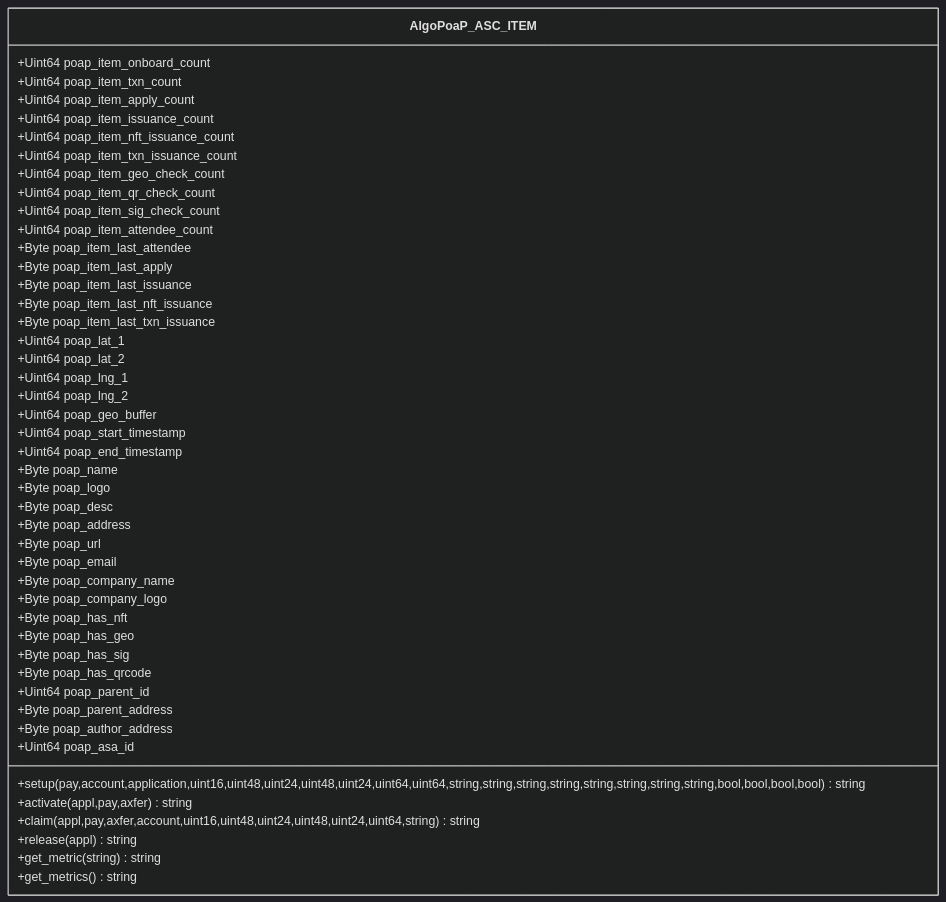
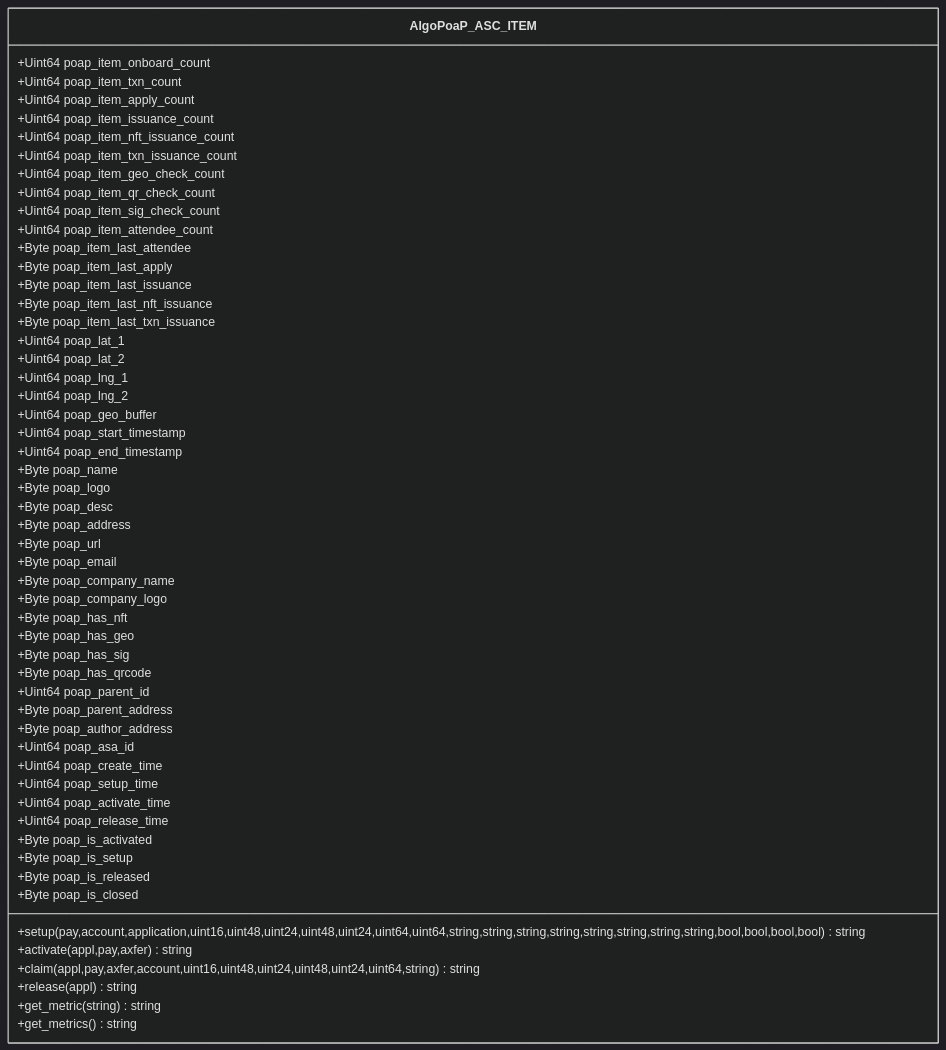
One commit to GoPlausible/.github changed the tenth of 10 diagrams in profile/README.md. Above: the diagram before and after it, drawn with Mermaid (dark theme).

````diff
--- a/profile/README.md
+++ b/profile/README.md
@@ -596,57 +596,71 @@
 ```mermaid
   classDiagram
     class AlgoPoaP_ASC_ITEM
     AlgoPoaP_ASC_ITEM : +Uint64 poap_item_onboard_count
     AlgoPoaP_ASC_ITEM : +Uint64 poap_item_txn_count
     AlgoPoaP_ASC_ITEM : +Uint64 poap_item_apply_count
     AlgoPoaP_ASC_ITEM : +Uint64 poap_item_issuance_count
     AlgoPoaP_ASC_ITEM : +Uint64 poap_item_nft_issuance_count
     AlgoPoaP_ASC_ITEM : +Uint64 poap_item_txn_issuance_count
 
     AlgoPoaP_ASC_ITEM : +Uint64 poap_item_geo_check_count
     AlgoPoaP_ASC_ITEM : +Uint64 poap_item_qr_check_count
     AlgoPoaP_ASC_ITEM : +Uint64 poap_item_sig_check_count
 
     AlgoPoaP_ASC_ITEM : +Uint64 poap_item_attendee_count
     AlgoPoaP_ASC_ITEM : +Byte poap_item_last_attendee
     AlgoPoaP_ASC_ITEM : +Byte poap_item_last_apply
     AlgoPoaP_ASC_ITEM : +Byte poap_item_last_issuance
     AlgoPoaP_ASC_ITEM : +Byte poap_item_last_nft_issuance
     AlgoPoaP_ASC_ITEM : +Byte poap_item_last_txn_issuance
 
 
     AlgoPoaP_ASC_ITEM : +Uint64 poap_lat_1
     AlgoPoaP_ASC_ITEM : +Uint64 poap_lat_2
     AlgoPoaP_ASC_ITEM : +Uint64 poap_lng_1
     AlgoPoaP_ASC_ITEM : +Uint64 poap_lng_2
     AlgoPoaP_ASC_ITEM : +Uint64 poap_geo_buffer
     AlgoPoaP_ASC_ITEM : +Uint64 poap_start_timestamp
     AlgoPoaP_ASC_ITEM : +Uint64 poap_end_timestamp
     AlgoPoaP_ASC_ITEM : +Byte poap_name
     AlgoPoaP_ASC_ITEM : +Byte poap_logo
     AlgoPoaP_ASC_ITEM : +Byte poap_desc
     AlgoPoaP_ASC_ITEM : +Byte poap_address
     AlgoPoaP_ASC_ITEM : +Byte poap_url
     AlgoPoaP_ASC_ITEM : +Byte poap_email
     AlgoPoaP_ASC_ITEM : +Byte poap_company_name
     AlgoPoaP_ASC_ITEM : +Byte poap_company_logo
     AlgoPoaP_ASC_ITEM : +Byte poap_has_nft
     AlgoPoaP_ASC_ITEM : +Byte poap_has_geo
     AlgoPoaP_ASC_ITEM : +Byte poap_has_sig
     AlgoPoaP_ASC_ITEM : +Byte poap_has_qrcode
 
     AlgoPoaP_ASC_ITEM : +Uint64 poap_parent_id
     AlgoPoaP_ASC_ITEM : +Byte poap_parent_address
     AlgoPoaP_ASC_ITEM : +Byte poap_author_address
     AlgoPoaP_ASC_ITEM : +Uint64 poap_asa_id
 
+     AlgoPoaP_ASC_ITEM : +Uint64 poap_create_time
+    AlgoPoaP_ASC_ITEM : +Uint64 poap_setup_time
+    AlgoPoaP_ASC_ITEM : +Uint64 poap_activate_time
+    AlgoPoaP_ASC_ITEM : +Uint64 poap_release_time
+
+
+     AlgoPoaP_ASC_ITEM : +Byte poap_is_activated
+    AlgoPoaP_ASC_ITEM : +Byte poap_is_setup
+    AlgoPoaP_ASC_ITEM : +Byte poap_is_released
+    AlgoPoaP_ASC_ITEM : +Byte poap_is_closed
+
+
+ 
+
     AlgoPoaP_ASC_ITEM : +setup(pay,account,application,uint16,uint48,uint24,uint48,uint24,uint64,uint64,string,string,string,string,string,string,string,string,bool,bool,bool,bool)string
     AlgoPoaP_ASC_ITEM : +activate(appl,pay,axfer)string
     AlgoPoaP_ASC_ITEM : +claim(appl,pay,axfer,account,uint16,uint48,uint24,uint48,uint24,uint64,string)string
     AlgoPoaP_ASC_ITEM : +release(appl)string
     AlgoPoaP_ASC_ITEM : +get_metric(string)string
     AlgoPoaP_ASC_ITEM : +get_metrics()string
     
   
     
 ```
````
